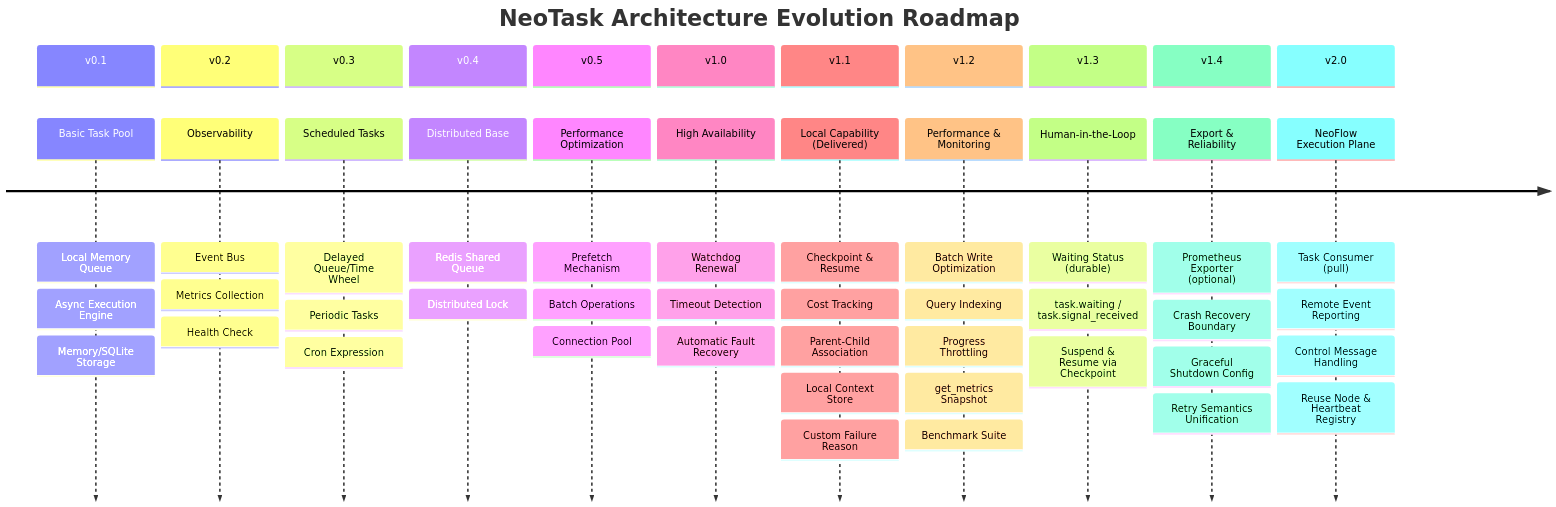
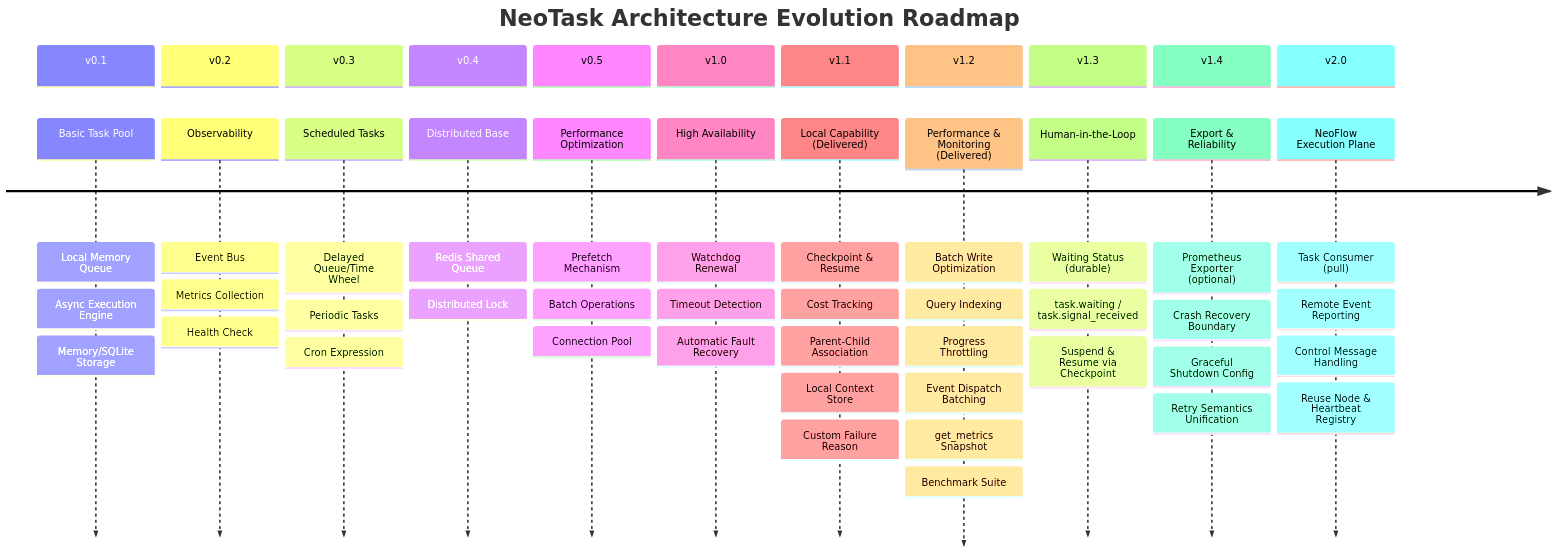
Before and after one commit to neopen/neotask: the second of 2 diagrams in README.md, drawn with Mermaid. The commit also changed 4 other files, not shown here.

````diff
--- a/README.md
+++ b/README.md
@@ -165,64 +165,65 @@
 ```mermaid
 timeline
     title NeoTask Architecture Evolution Roadmap
 
     section v0.1
         Basic Task Pool : Local Memory Queue
                         : Async Execution Engine
                         : Memory/SQLite Storage
 
     section v0.2
         Observability : Event Bus
                       : Metrics Collection
                       : Health Check
 
     section v0.3
         Scheduled Tasks : Delayed Queue/Time Wheel
                         : Periodic Tasks
                         : Cron Expression
 
     section v0.4
         Distributed Base : Redis Shared Queue
                          : Distributed Lock
 
     section v0.5
         Performance Optimization : Prefetch Mechanism
                                 : Batch Operations
                                 : Connection Pool
 
     section v1.0
         High Availability : Watchdog Renewal
                           : Timeout Detection
                           : Automatic Fault Recovery
 
     section v1.1
         Local Capability (Delivered) : Checkpoint & Resume
                                      : Cost Tracking
                                      : Parent-Child Association
                                      : Local Context Store
                                      : Custom Failure Reason
 
     section v1.2
-        Performance & Monitoring : Batch Write Optimization
+        Performance & Monitoring (Delivered) : Batch Write Optimization
                                 : Query Indexing
                                 : Progress Throttling
+                                : Event Dispatch Batching
                                 : get_metrics Snapshot
                                 : Benchmark Suite
 
     section v1.3
         Human-in-the-Loop : Waiting Status (durable)
                           : task.waiting / task.signal_received
                           : Suspend & Resume via Checkpoint
 
     section v1.4
         Export & Reliability : Prometheus Exporter (optional)
                             : Crash Recovery Boundary
                             : Graceful Shutdown Config
                             : Retry Semantics Unification
 
     section v2.0
         NeoFlow Execution Plane: Task Consumer (pull)
                                           : Remote Event Reporting
                                           : Control Message Handling
                                           : Reuse Node & Heartbeat Registry
 ```
````
